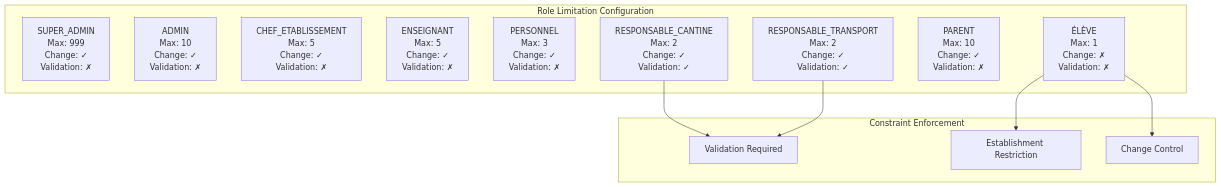
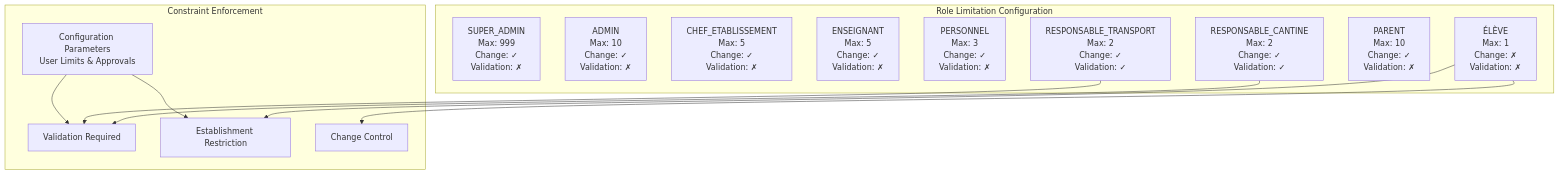
The third of 19 diagrams in .qoder/repowiki/en/content/Modules & Features/Administrative Modules/Establishment Management.md (franckylab/eLISAschool), drawn with Mermaid before and after one commit. The commit also changed other lines of this file and 155 other files, not shown here.

````diff
--- a/.qoder/repowiki/en/content/Modules & Features/Administrative Modules/Establishment Management.md
+++ b/.qoder/repowiki/en/content/Modules & Features/Administrative Modules/Establishment Management.md
@@ -164,23 +185,26 @@
 ```mermaid
 graph TB
 subgraph "Role Limitation Configuration"
 RoleSuperAdmin["SUPER_ADMIN<br/>Max: 999<br/>Change: ✓<br/>Validation: ✗"]
 RoleAdmin["ADMIN<br/>Max: 10<br/>Change: ✓<br/>Validation: ✗"]
 RoleChef["CHEF_ETABLISSEMENT<br/>Max: 5<br/>Change: ✓<br/>Validation: ✗"]
 RoleEnseignant["ENSEIGNANT<br/>Max: 5<br/>Change: ✓<br/>Validation: ✗"]
 RolePersonnel["PERSONNEL<br/>Max: 3<br/>Change: ✓<br/>Validation: ✗"]
 RoleRespCantine["RESPONSABLE_CANTINE<br/>Max: 2<br/>Change: ✓<br/>Validation: ✓"]
 RoleRespTransport["RESPONSABLE_TRANSPORT<br/>Max: 2<br/>Change: ✓<br/>Validation: ✓"]
 RoleParent["PARENT<br/>Max: 10<br/>Change: ✓<br/>Validation: ✗"]
 RoleEleve["ÉLÈVE<br/>Max: 1<br/>Change: ✗<br/>Validation: ✗"]
 end
 subgraph "Constraint Enforcement"
 Validation["Validation Required"]
 Restriction["Establishment Restriction"]
 ChangeControl["Change Control"]
+ConfigParams["Configuration Parameters<br/>User Limits & Approvals"]
 end
 RoleRespCantine --> Validation
 RoleRespTransport --> Validation
 RoleEleve --> Restriction
 RoleEleve --> ChangeControl
+ConfigParams --> Validation
+ConfigParams --> Restriction
 ```
````
